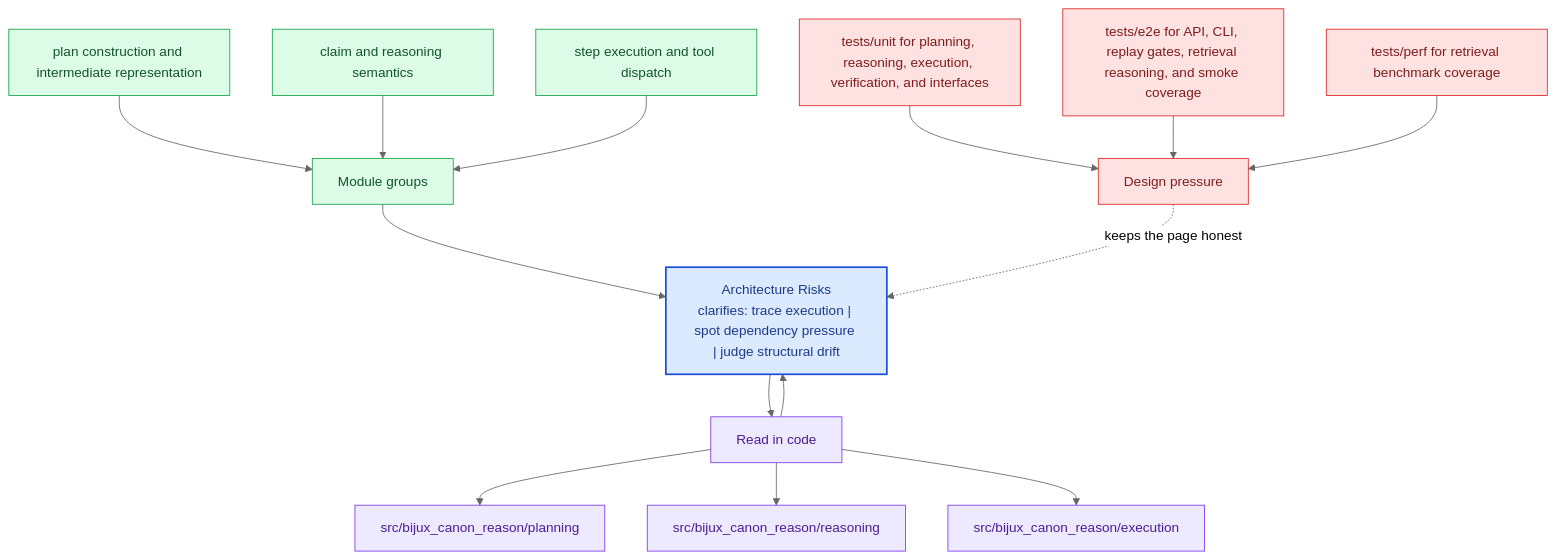
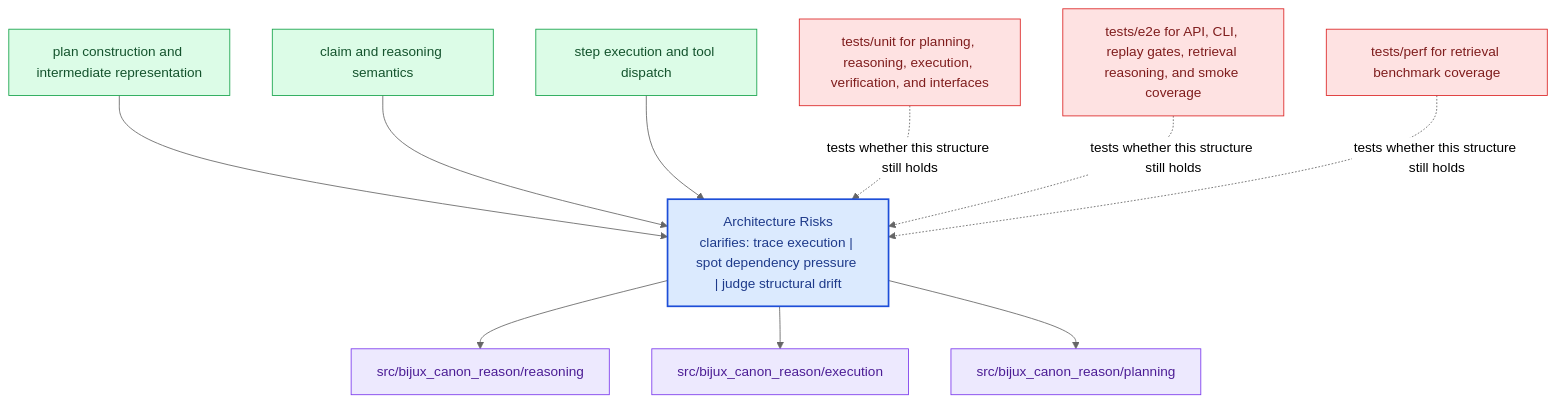
The diagram in docs/bijux-canon-reason/architecture/architecture-risks.md (bijux/bijux-canon), drawn with Mermaid (neutral theme) before and after one commit. The commit also changed other lines of this file and 281 other files, not shown here.

Commit message:
docs(diagrams): replace repeated mermaid scaffolds with page-specific summaries

````diff
--- a/docs/bijux-canon-reason/architecture/architecture-risks.md
+++ b/docs/bijux-canon-reason/architecture/architecture-risks.md
@@ -67,40 +22,31 @@
 ```mermaid
 flowchart TB
-    promise["Architecture Risks<br/>clarifies: trace execution | spot dependency pressure | judge structural drift"]
-    classDef promise fill:#dbeafe,stroke:#1d4ed8,color:#1e3a8a,stroke-width:2px;
-    classDef driver fill:#dcfce7,stroke:#16a34a,color:#14532d;
-    classDef constraint fill:#fee2e2,stroke:#dc2626,color:#7f1d1d;
-    classDef ground fill:#ede9fe,stroke:#7c3aed,color:#4c1d95;
-    focus1["Module groups"]
-    focus1 --> promise
-    focus1_1["plan construction and intermediate representation"]
-    focus1_1 --> focus1
-    focus1_2["claim and reasoning semantics"]
-    focus1_2 --> focus1
-    focus1_3["step execution and tool dispatch"]
-    focus1_3 --> focus1
-    class focus1 driver;
-    class focus1_1,focus1_2,focus1_3 driver;
-    focus2["Read in code"]
-    focus2 --> promise
-    promise --> focus2
-    focus2_1["src/bijux_canon_reason/planning"]
-    focus2 --> focus2_1
-    focus2_2["src/bijux_canon_reason/reasoning"]
-    focus2 --> focus2_2
-    focus2_3["src/bijux_canon_reason/execution"]
-    focus2 --> focus2_3
-    class focus2 ground;
-    class focus2_1,focus2_2,focus2_3 ground;
-    focus3["Design pressure"]
-    focus3 -.keeps the page honest.-> promise
-    focus3_1["tests/unit for planning, reasoning, execution, verification, and interfaces"]
-    focus3_1 --> focus3
-    focus3_2["tests/e2e for API, CLI, replay gates, retrieval reasoning, and smoke coverage"]
-    focus3_2 --> focus3
-    focus3_3["tests/perf for retrieval benchmark coverage"]
-    focus3_3 --> focus3
-    class focus3 constraint;
-    class focus3_1,focus3_2,focus3_3 constraint;
-    class promise promise;
+    page["Architecture Risks<br/>clarifies: trace execution | spot dependency pressure | judge structural drift"]
+    classDef page fill:#dbeafe,stroke:#1d4ed8,color:#1e3a8a,stroke-width:2px;
+    classDef positive fill:#dcfce7,stroke:#16a34a,color:#14532d;
+    classDef caution fill:#fee2e2,stroke:#dc2626,color:#7f1d1d;
+    classDef anchor fill:#ede9fe,stroke:#7c3aed,color:#4c1d95;
+    classDef action fill:#fef3c7,stroke:#d97706,color:#7c2d12;
+    module1["plan construction and intermediate representation"]
+    module1 --> page
+    module2["claim and reasoning semantics"]
+    module2 --> page
+    module3["step execution and tool dispatch"]
+    module3 --> page
+    code1["src/bijux_canon_reason/reasoning"]
+    page --> code1
+    code2["src/bijux_canon_reason/execution"]
+    page --> code2
+    code3["src/bijux_canon_reason/planning"]
+    page --> code3
+    pressure1["tests/unit for planning, reasoning, execution, verification, and interfaces"]
+    pressure1 -.tests whether this structure still holds.-> page
+    pressure2["tests/e2e for API, CLI, replay gates, retrieval reasoning, and smoke coverage"]
+    pressure2 -.tests whether this structure still holds.-> page
+    pressure3["tests/perf for retrieval benchmark coverage"]
+    pressure3 -.tests whether this structure still holds.-> page
+    class page page;
+    class module1,module2,module3 positive;
+    class code1,code2,code3 anchor;
+    class pressure1,pressure2,pressure3 caution;
 ```
````
